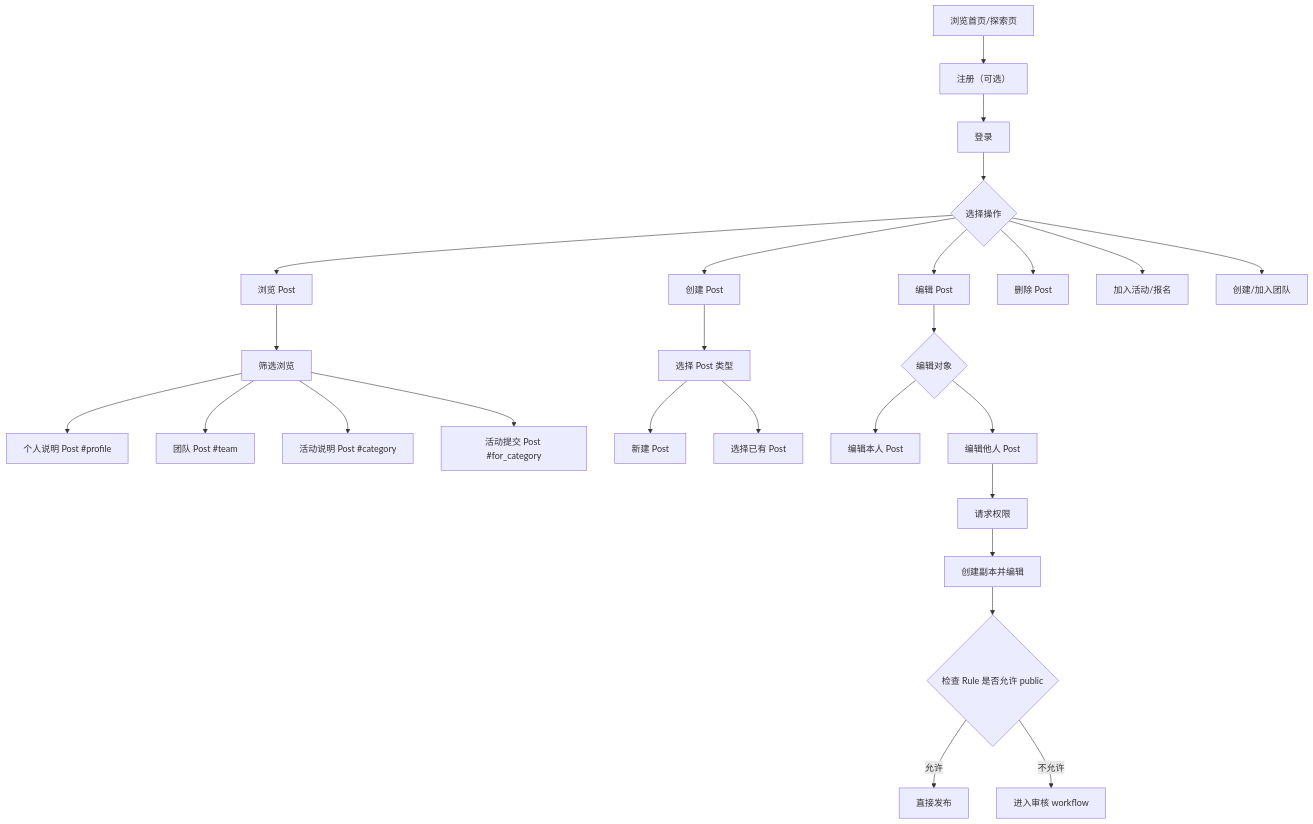
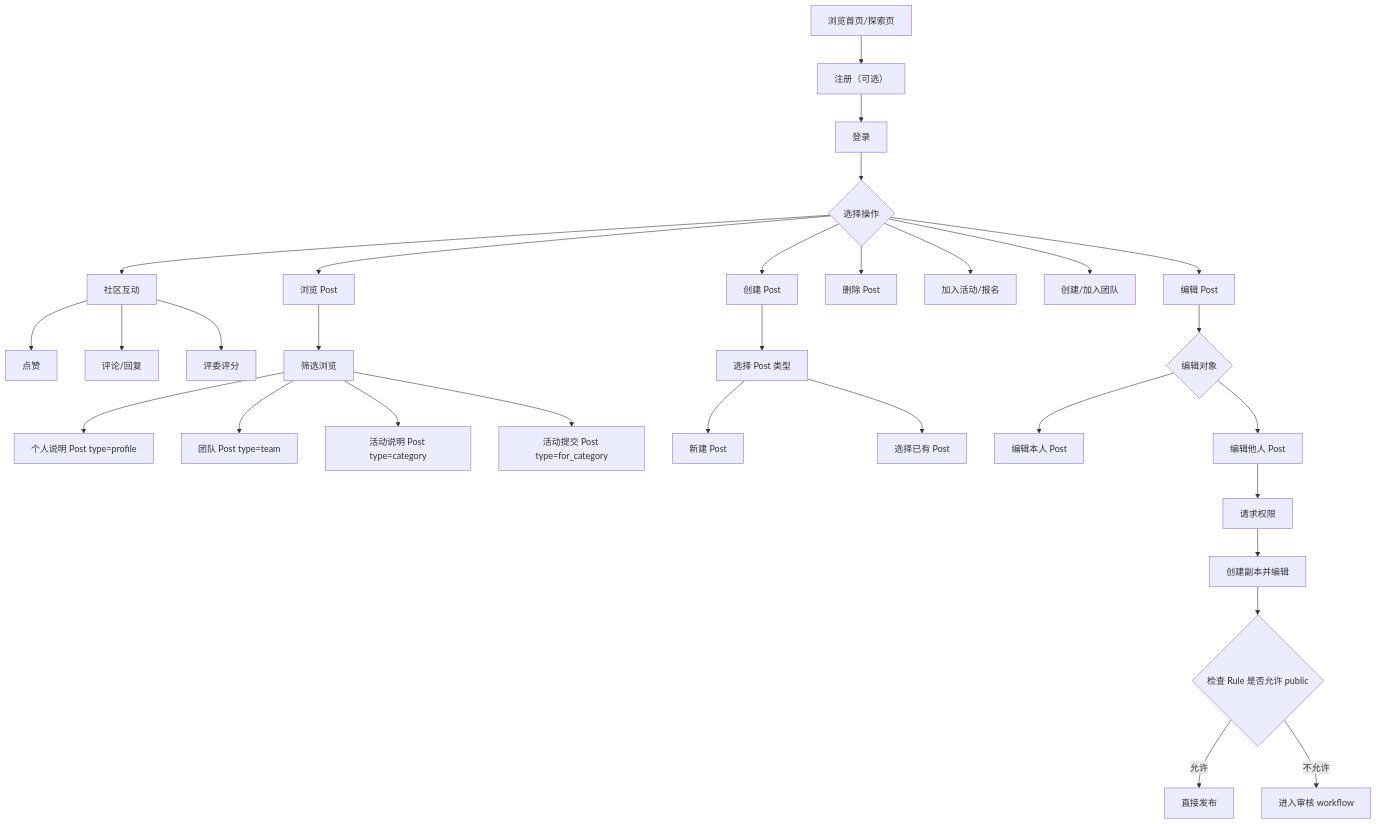
The first of 7 diagrams in docs/user-journey.md (H2OSLabs/SynnovatorZero), drawn with Mermaid before and after one commit. The commit also changed other lines of this file, not shown here.

First line of the commit message:
fix user-journey.md to align with command.md schema

````diff
--- a/docs/user-journey.md
+++ b/docs/user-journey.md
@@ -60,31 +64,36 @@
 ```mermaid
 flowchart TD
     A[浏览首页/探索页] --> B[注册（可选）]
     B --> C[登录]
     C --> D{选择操作}
     D --> E[浏览 Post]
     D --> F[创建 Post]
     D --> G[编辑 Post]
     D --> H[删除 Post]
     D --> I[加入活动/报名]
     D --> J[创建/加入团队]
+    D --> K[社区互动]
+
+    K --> K1[点赞]
+    K --> K2[评论/回复]
+    K --> K3[评委评分]
 
     E --> E1[筛选浏览]
-    E1 --> E2[个人说明 Post #profile]
-    E1 --> E3[团队 Post #team]
-    E1 --> E4[活动说明 Post #category]
-    E1 --> E5[活动提交 Post #for_category]
+    E1 --> E2[个人说明 Post type=profile]
+    E1 --> E3[团队 Post type=team]
+    E1 --> E4[活动说明 Post type=category]
+    E1 --> E5[活动提交 Post type=for_category]
 
     F --> F1[选择 Post 类型]
     F1 --> F2[新建 Post]
     F1 --> F3[选择已有 Post]
 
     G --> G1{编辑对象}
     G1 --> G2[编辑本人 Post]
     G1 --> G3[编辑他人 Post]
     G3 --> G4[请求权限]
     G4 --> G5[创建副本并编辑]
     G5 --> G6{检查 Rule 是否允许 public}
     G6 -->|允许| G7[直接发布]
     G6 -->|不允许| G8[进入审核 workflow]
 ```
````
